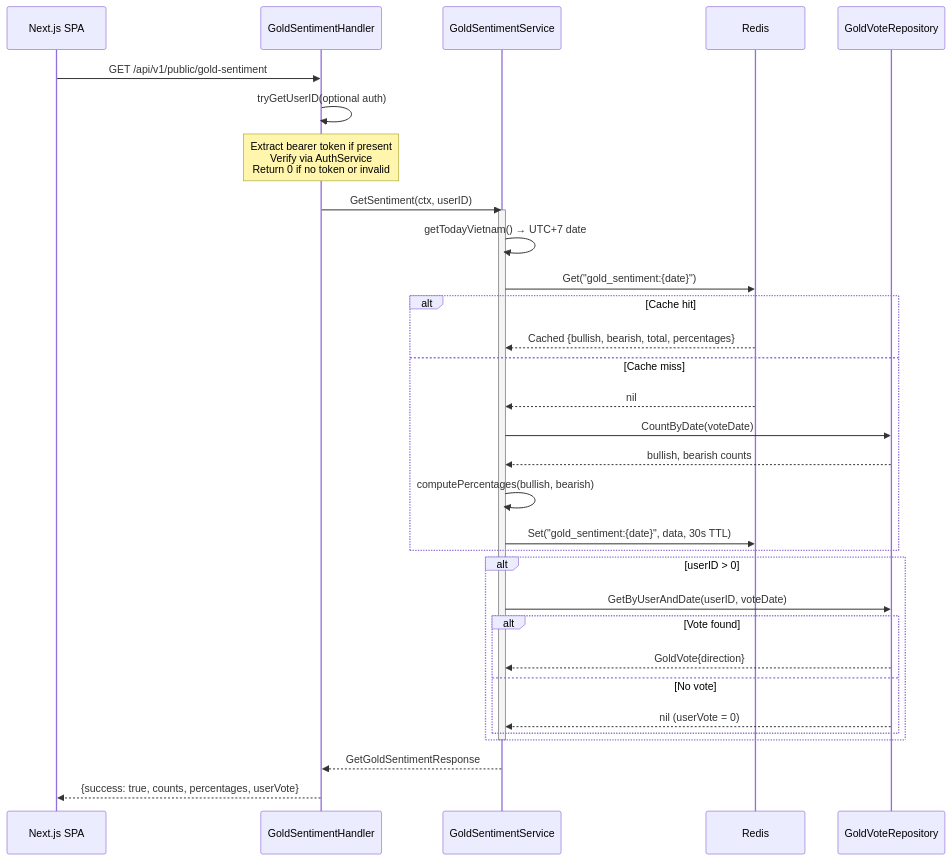
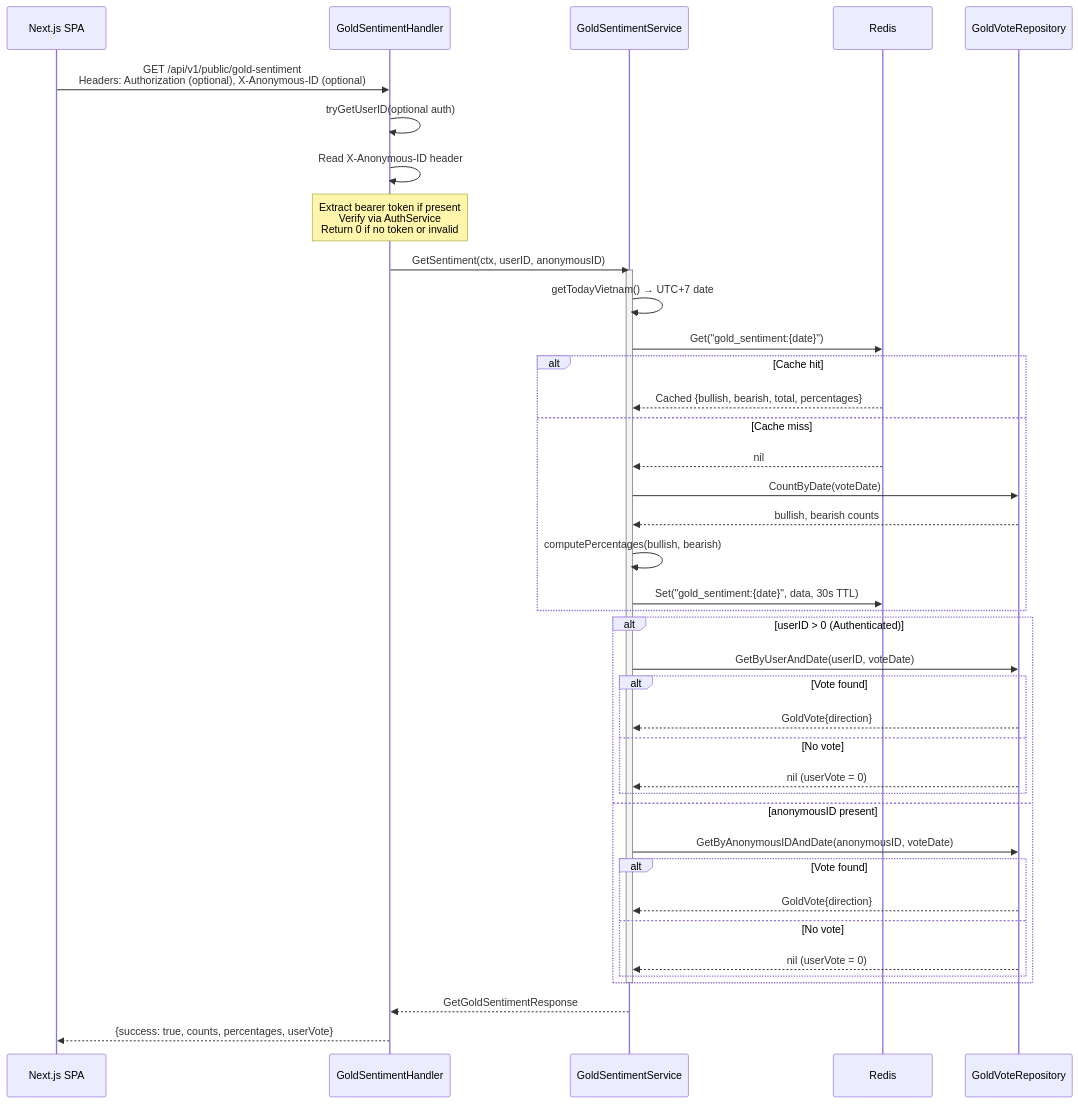
One commit to khanhnq1406/wealth-journey changed the second of 3 diagrams in docs/architecture/flow-gold-sentiment.md. Above: the diagram before and after it, drawn with Mermaid. The commit also changed other lines of this file and 20 other files, not shown here.

First line of the commit message:
feat(gold-sentiment): allow anonymous users to vote without authentication

````diff
--- a/docs/architecture/flow-gold-sentiment.md
+++ b/docs/architecture/flow-gold-sentiment.md
@@ -84,40 +102,48 @@
 ```mermaid
 sequenceDiagram
     participant SPA as Next.js SPA
     participant H as GoldSentimentHandler
     participant GS as GoldSentimentService
     participant R as Redis
     participant VR as GoldVoteRepository
 
-    SPA->>H: GET /api/v1/public/gold-sentiment
+    SPA->>H: GET /api/v1/public/gold-sentiment<br/>Headers: Authorization (optional), X-Anonymous-ID (optional)
     H->>H: tryGetUserID(optional auth)
+    H->>H: Read X-Anonymous-ID header
     Note over H: Extract bearer token if present<br/>Verify via AuthService<br/>Return 0 if no token or invalid
-    H->>GS: GetSentiment(ctx, userID)
+    H->>GS: GetSentiment(ctx, userID, anonymousID)
 
     activate GS
     GS->>GS: getTodayVietnam() → UTC+7 date
     GS->>R: Get("gold_sentiment:{date}")
 
     alt Cache hit
         R-->>GS: Cached {bullish, bearish, total, percentages}
     else Cache miss
         R-->>GS: nil
         GS->>VR: CountByDate(voteDate)
         VR-->>GS: bullish, bearish counts
         GS->>GS: computePercentages(bullish, bearish)
         GS->>R: Set("gold_sentiment:{date}", data, 30s TTL)
     end
 
-    alt userID > 0
+    alt userID > 0 (Authenticated)
         GS->>VR: GetByUserAndDate(userID, voteDate)
+        alt Vote found
+            VR-->>GS: GoldVote{direction}
+        else No vote
+            VR-->>GS: nil (userVote = 0)
+        end
+    else anonymousID present
+        GS->>VR: GetByAnonymousIDAndDate(anonymousID, voteDate)
         alt Vote found
             VR-->>GS: GoldVote{direction}
         else No vote
             VR-->>GS: nil (userVote = 0)
         end
     end
     deactivate GS
 
     GS-->>H: GetGoldSentimentResponse
     H-->>SPA: {success: true, counts, percentages, userVote}
 ```
````
